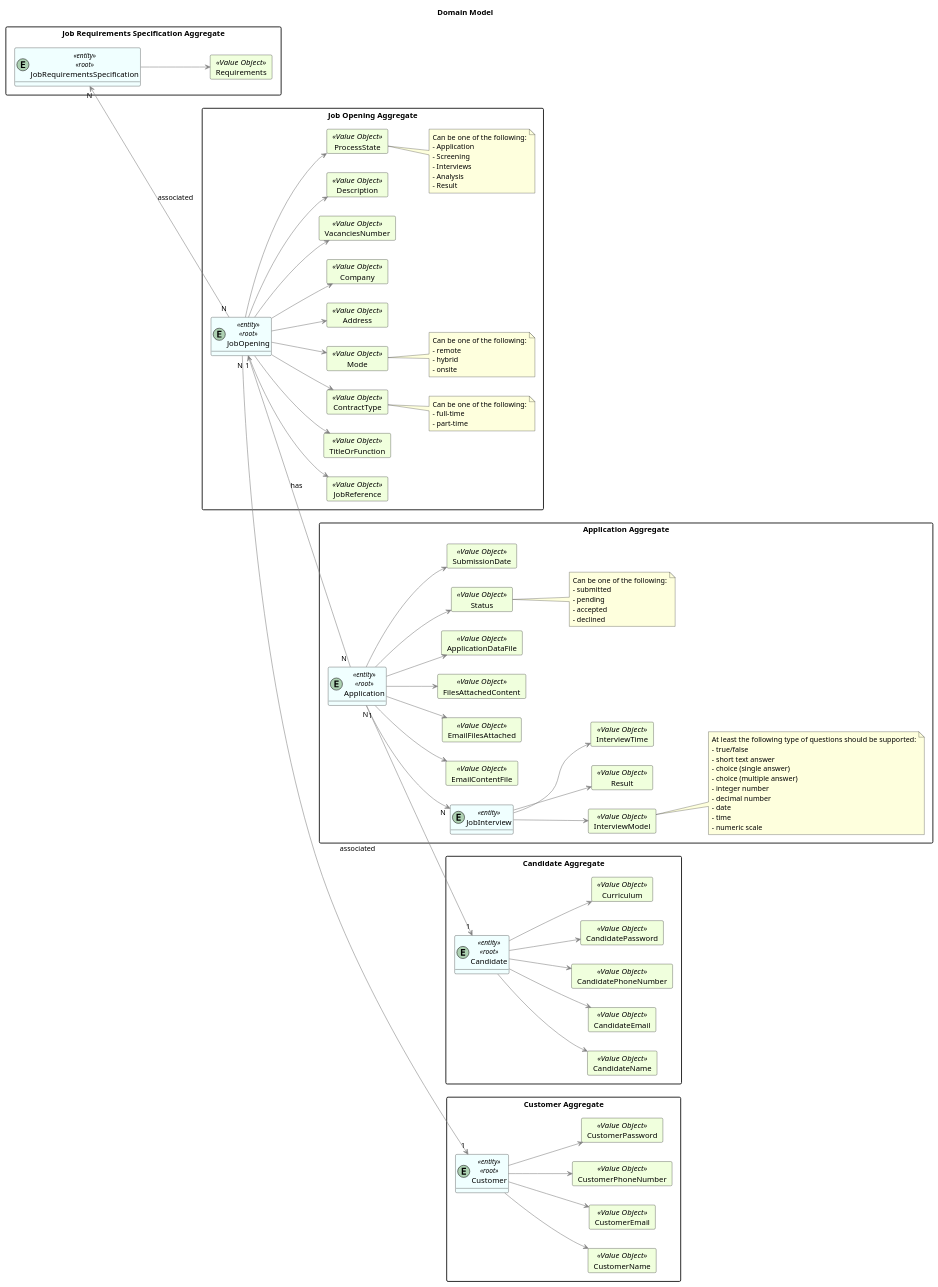
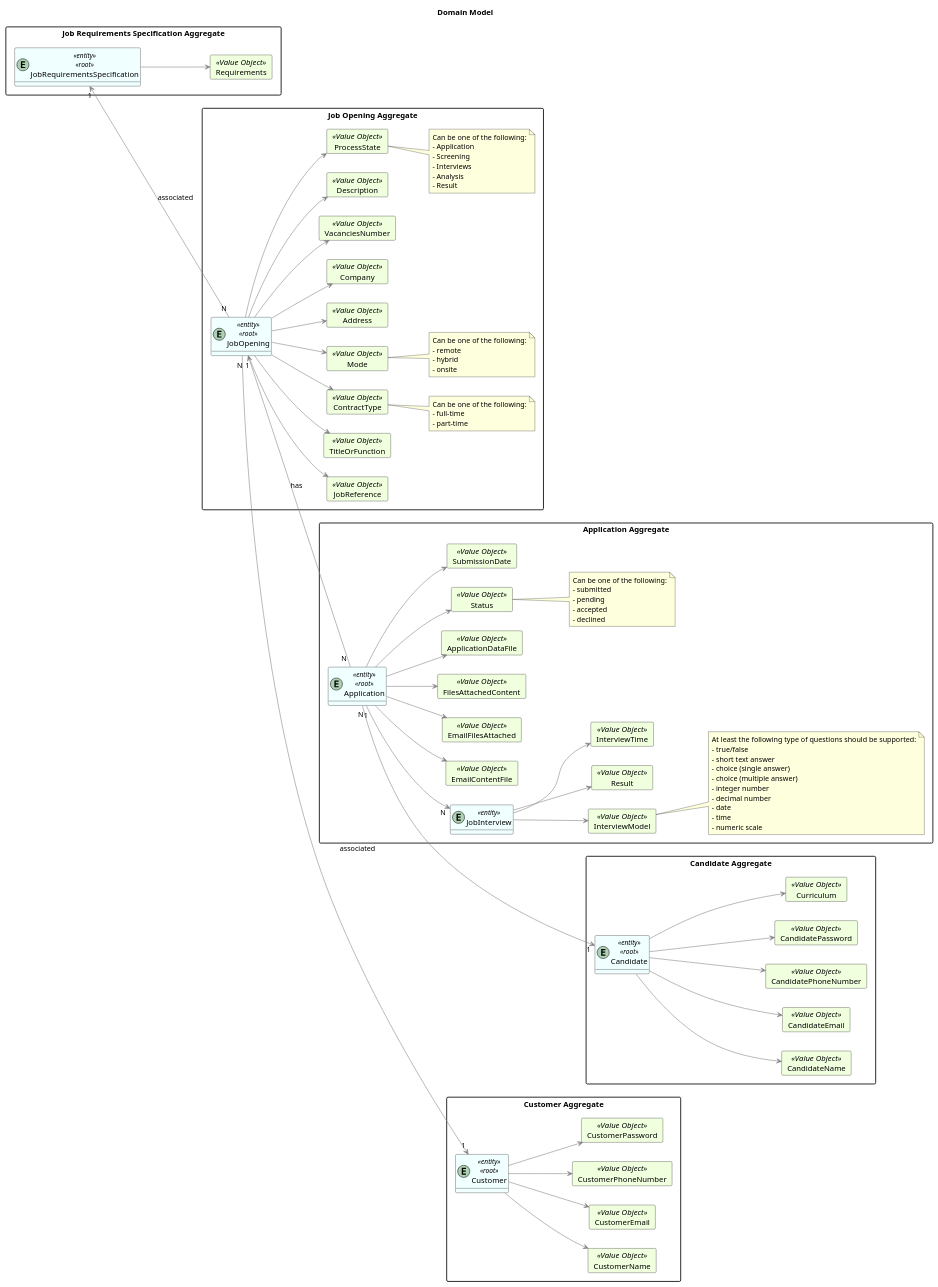
The diagram in docs/SprintA/G006/domain_model.puml (MiguelCardoso77/LAPR4), drawn with PlantUML before and after one commit. The commit also changed 1 other file, not shown here.

```diff
--- a/docs/SprintA/G006/domain_model.puml
+++ b/docs/SprintA/G006/domain_model.puml
@@ -1,197 +1,197 @@
 @startuml
 hide methods
 left to right direction
 'skinparam linetype ortho
 
 Title "Domain Model"
 
 skinparam class {
     LifeLineBorderColor DarkBlue
     LifeLineBackgroundColor APPLICATION
     BackgroundColor #F0FFFF
     ArrowColor grey
     BorderColor black
 }
 
 skinparam packageStyle rectangle
 
 skinparam card {
     LifeLineBorderColor Green
     LifeLineBackgroundColor APPLICATION
     BackgroundColor #F0FFDD
     ArrowColor DarkGrey
     BorderColor Black
 }
 
 
 package "Customer Aggregate"{
 entity Customer <<entity>><<root>>
 
     card CustomerName <<Value Object>> {
     }
     card CustomerEmail <<Value Object>> {
     }
     card CustomerPhoneNumber <<Value Object>> {
     }
     card CustomerPassword <<Value Object>> {
     }
 
         Customer --> CustomerEmail
         Customer --> CustomerName
         Customer --> CustomerPhoneNumber
         Customer --> CustomerPassword
 }
 
 package "Candidate Aggregate"{
 entity Candidate <<entity>><<root>>
 
     card CandidateName <<Value Object>> {
     }
     card CandidateEmail <<Value Object>> {
     }
     card CandidatePhoneNumber <<Value Object>> {
     }
     card CandidatePassword <<Value Object>> {
     }
     card Curriculum <<Value Object>> {
     }
 
         Candidate --> CandidateEmail
         Candidate --> CandidateName
         Candidate --> CandidatePhoneNumber
         Candidate --> CandidatePassword
         Candidate --> Curriculum
 
 }
 
 package "Job Requirements Specification Aggregate"{
 entity JobRequirementsSpecification <<entity>><<root>>
 
     card Requirements <<Value Object>>{
     }
 
         JobRequirementsSpecification --> Requirements
 
 }
 
 package "Job Opening Aggregate"{
 entity JobOpening <<entity>><<root>>
 
     card JobReference <<Value Object>> {
     }
     card TitleOrFunction <<Value Object>> {
     }
     card ContractType <<Value Object>> {
     }
     card Mode <<Value Object>> {
     }
     card Address <<Value Object>> {
     }
     card Company <<Value Object>> {
     }
     card VacanciesNumber <<Value Object>> {
     }
     card Description <<Value Object>> {
     }
     card ProcessState <<Value Object>> {
     }
 
     JobOpening --> JobReference
     JobOpening --> TitleOrFunction
     JobOpening --> ContractType
     JobOpening --> Mode
     JobOpening --> Address
     JobOpening --> Company
     JobOpening --> VacanciesNumber
     JobOpening --> Description
     JobOpening --> ProcessState
 
     note right of ContractType
         Can be one of the following:
         - full-time
         - part-time
     end note
 
     note right of Mode
          Can be one of the following:
          - remote
          - hybrid
          - onsite
     end note
     note right of ProcessState
             Can be one of the following:
             - Application
             - Screening
             - Interviews
             - Analysis
             - Result
         end note
 }
 
 package "Application Aggregate"{
 entity Application <<entity>><<root>>
 
     card EmailContentFile <<Value Object>> {
     }
     card EmailFilesAttached <<Value Object>>{
     }
     card FilesAttachedContent <<Value Object>>{
     }
     card ApplicationDataFile <<Value Object>>{
     }
     card Status <<Value Object>>{
     }
     card SubmissionDate <<Value Object>>{
     }
 
     Application --> EmailContentFile
     Application --> EmailFilesAttached
     Application --> FilesAttachedContent
     Application --> ApplicationDataFile
     Application --> Status
     Application --> SubmissionDate
 
     note right of Status
         Can be one of the following:
         - submitted
         - pending
         - accepted
         - declined
     end note
 
     entity JobInterview <<entity>>
 
         card InterviewModel <<Value Object>> {
         }
         card Result <<Value Object>> {
         }
         card InterviewTime <<Value Object>> {
         }
 
         JobInterview --> InterviewModel
         JobInterview --> Result
         JobInterview --> InterviewTime
 
     note right of InterviewModel
         At least the following type of questions should be supported:
         - true/false
         - short text answer
         - choice (single answer)
         - choice (multiple answer)
         - integer number
         - decimal number
         - date
         - time
         - numeric scale
     end note
 }
 
     JobOpening "1" <-- "N " Application : has
     JobOpening "N" ---> "1" Customer : associated
 
-    Application "N" --> "1" Candidate
+    Application "N" ---> "1" Candidate
     Application "1" --> "N" JobInterview
 
-    JobRequirementsSpecification "N" <-- "N" JobOpening : associated
+    JobRequirementsSpecification "1" <-- "N" JobOpening : associated
 
 @enduml
```
